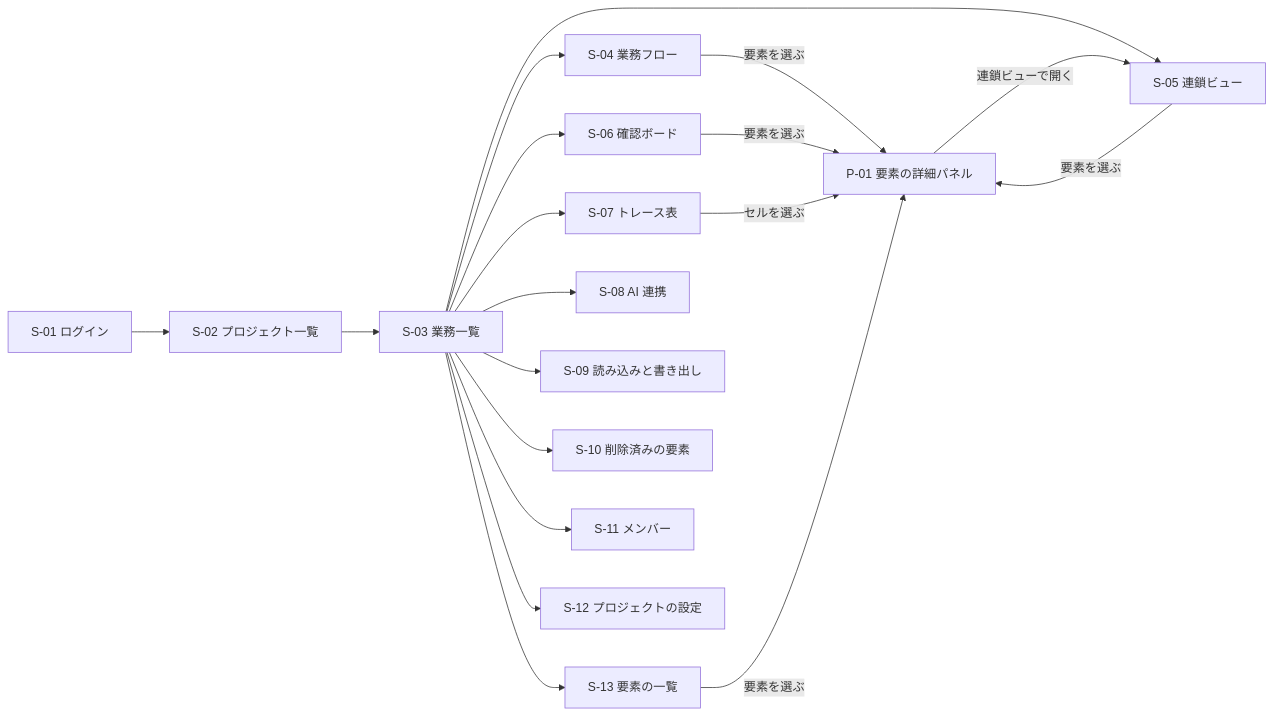
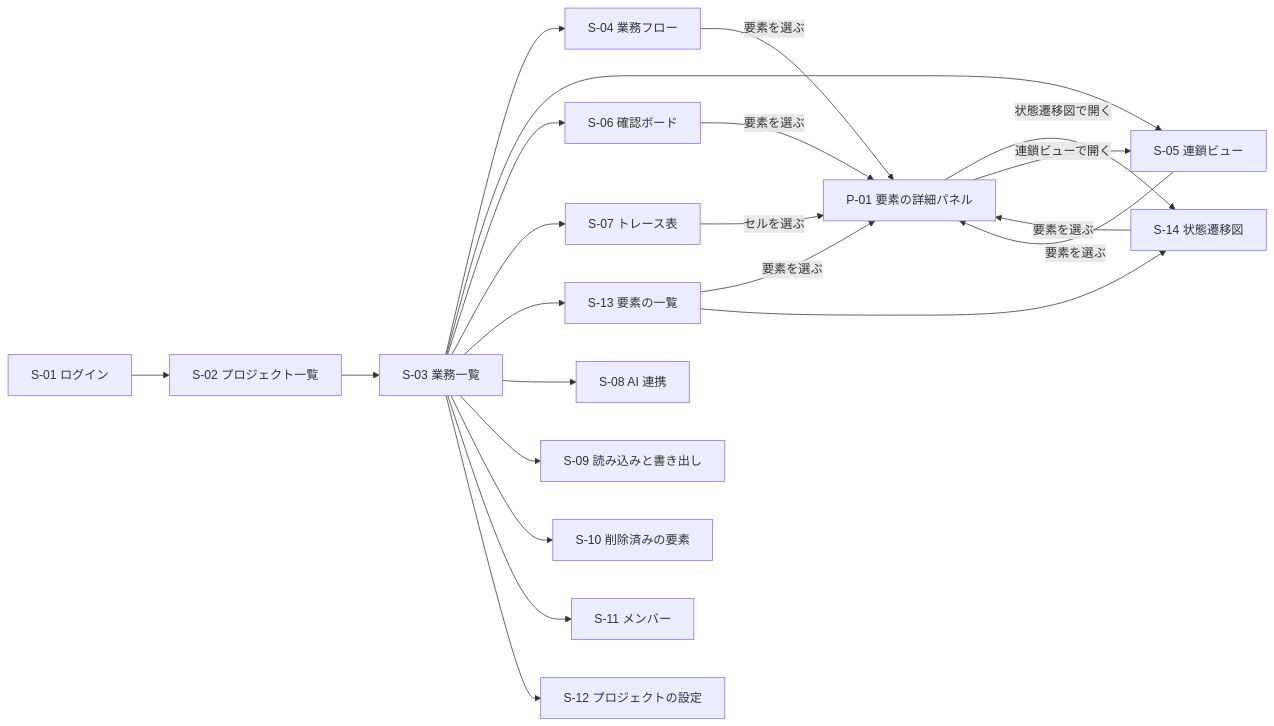
The diagram in docs/design/screens.md (kato0373i/sujigaki), drawn with Mermaid before and after one commit. The commit also changed other lines of this file, not shown here.

First line of the commit message:
docs(design): 状態の流れを状態遷移図で見る画面を決める

````diff
--- a/docs/design/screens.md
+++ b/docs/design/screens.md
@@ -43,21 +44,24 @@
 ```mermaid
 flowchart LR
     S01[S-01 ログイン] --> S02[S-02 プロジェクト一覧]
     S02 --> S03[S-03 業務一覧]
     S03 --> S04[S-04 業務フロー]
     S03 --> S05[S-05 連鎖ビュー]
     S03 --> S06[S-06 確認ボード]
     S03 --> S07[S-07 トレース表]
     S03 --> S13[S-13 要素の一覧]
     S04 -->|要素を選ぶ| P01[P-01 要素の詳細パネル]
     S05 -->|要素を選ぶ| P01
     S06 -->|要素を選ぶ| P01
     S07 -->|セルを選ぶ| P01
     S13 -->|要素を選ぶ| P01
+    S13 --> S14[S-14 状態遷移図]
+    S14 -->|要素を選ぶ| P01
+    P01 -->|状態遷移図で開く| S14
     P01 -->|連鎖ビューで開く| S05
     S03 --> S08[S-08 AI 連携]
     S03 --> S09[S-09 読み込みと書き出し]
     S03 --> S10[S-10 削除済みの要素]
     S03 --> S11[S-11 メンバー]
     S03 --> S12[S-12 プロジェクトの設定]
 ```
````
